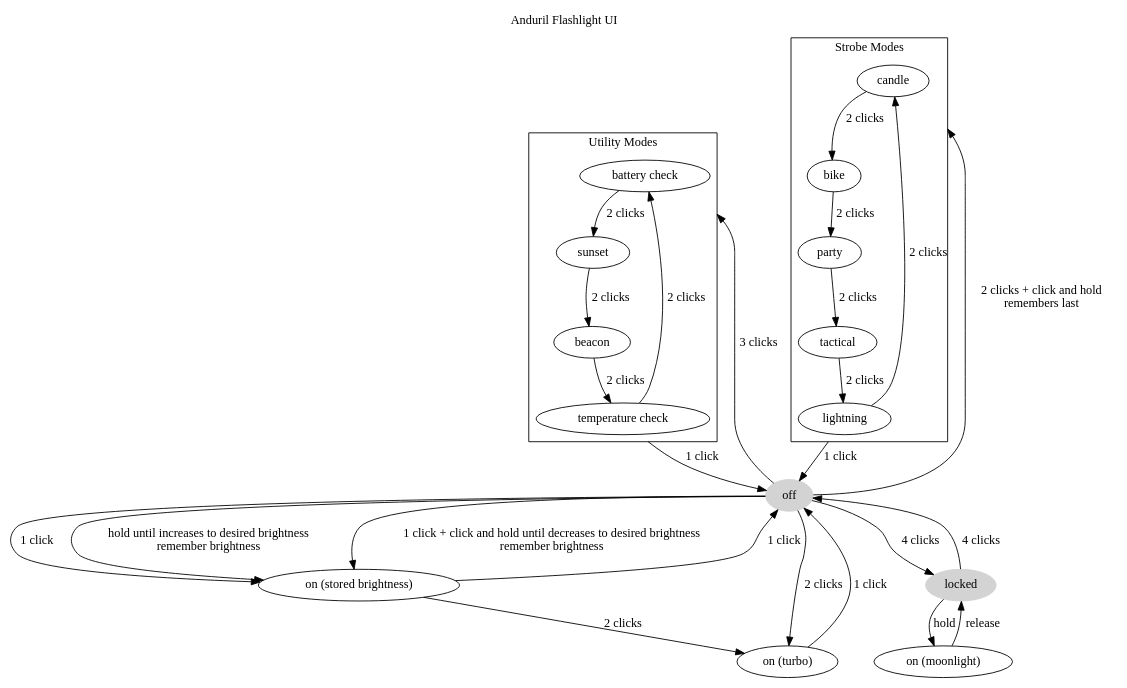
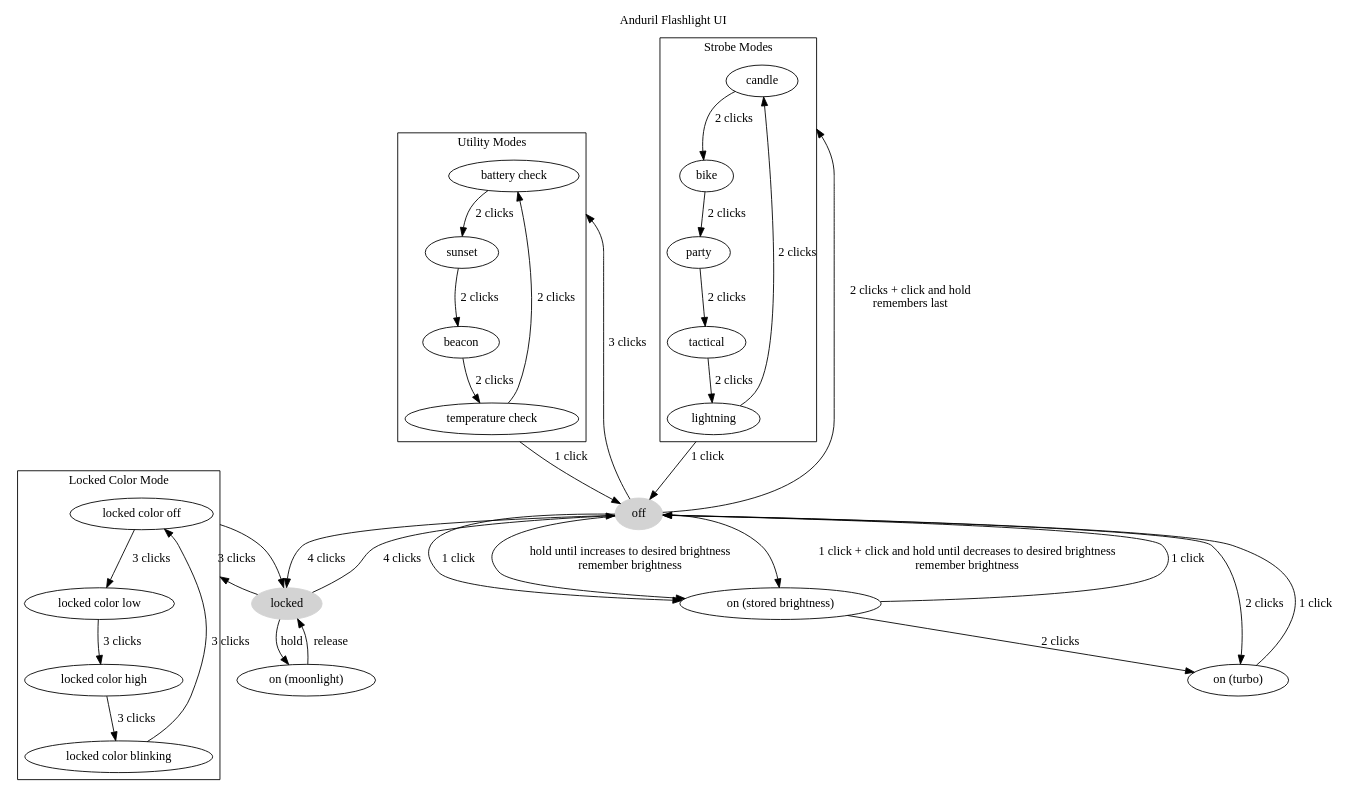
Before and after one commit to mmb/anduril-ui-diagram: the diagram in ui.dot, drawn with Graphviz. The commit also changed 2 other files, not shown here.

Commit message:
Add locked color mode

```diff
--- a/ui.dot
+++ b/ui.dot
@@ -1,43 +1,52 @@
 digraph {
   compound=true
 
   off[style="filled",color="lightgrey"]
   off -> "on (stored brightness)"[label="1 click"];
   off -> "on (stored brightness)"[label="hold until increases to desired brightness\nremember brightness"];
   off -> "on (turbo)"[label="2 clicks"];
   off -> "on (stored brightness)"[label="1 click + click and hold until decreases to desired brightness\nremember brightness"];
   off -> locked[label="4 clicks"];
 
   label="Utility Modes"
   off -> "battery check"[label="3 clicks",lhead="cluster_utility"];
   "temperature check" -> off[label="1 click",ltail="cluster_utility"]
   subgraph cluster_utility {
     "battery check" -> "sunset"[label="2 clicks"]
     sunset -> beacon[label="2 clicks"]
     beacon -> "temperature check"[label="2 clicks"]
     "temperature check" -> "battery check"[label="2 clicks"]
   }
 
   label="Strobe Modes"
   off -> candle[label="2 clicks + click and hold\nremembers last",lhead="cluster_strobe"];
   lightning -> off[label="1 click",ltail="cluster_strobe"];
   subgraph cluster_strobe {
     candle -> bike[label="2 clicks"]
     bike -> party[label="2 clicks"]
     party -> tactical[label="2 clicks"]
     tactical -> lightning[label="2 clicks"]
     lightning -> "candle"[label="2 clicks"]
   }
 
   locked[style="filled",color="lightgrey"]
   locked -> off[label="4 clicks"];
   locked -> "on (moonlight)"[label="hold"];
+  locked -> "locked color off"[label="3 clicks",lhead="cluster_locked_color_mode"];
+  "locked color off" -> locked[ltail="cluster_locked_color_mode"];
+  label="Locked Color Mode"
+  subgraph cluster_locked_color_mode {
+    "locked color off" -> "locked color low"[label="3 clicks"]
+    "locked color low" -> "locked color high"[label="3 clicks"]
+    "locked color high" -> "locked color blinking"[label="3 clicks"]
+    "locked color blinking" -> "locked color off"[label="3 clicks"]
+  }
 
   "on (moonlight)" -> "locked"[label="release"];
   "on (stored brightness)" -> off[label="1 click"];
   "on (stored brightness)" -> "on (turbo)"[label="2 clicks"];
   "on (turbo)" -> off[label="1 click"];
 
   label="Anduril Flashlight UI"
   labelloc=t
 }
```
